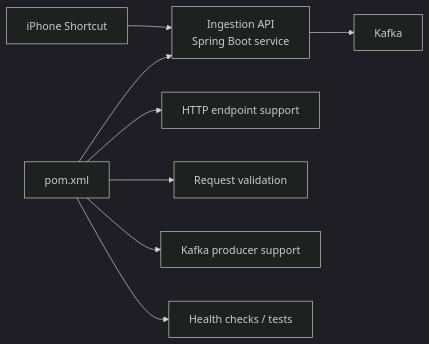
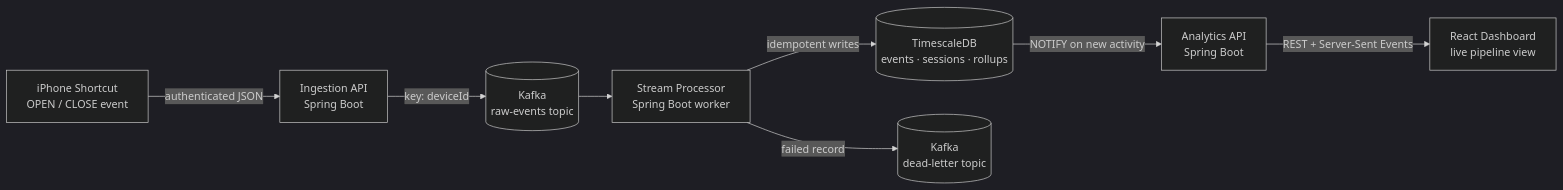
One commit to Monoji77/behavior changed the diagram in big_brain.md. Above: the diagram before and after it, drawn with Mermaid (dark theme). The commit also changed other lines of this file and 11 other files, not shown here.

````diff
--- a/big_brain.md
+++ b/big_brain.md
@@ -439,11 +22,10 @@
 ```mermaid
 flowchart LR
-  I["iPhone Shortcut"] --> A["Ingestion API\nSpring Boot service"]
-  A --> K["Kafka"]
-
-  P["pom.xml"] --> A
-  P --> W["HTTP endpoint support"]
-  P --> V["Request validation"]
-  P --> KP["Kafka producer support"]
-  P --> H["Health checks / tests"]
+    C["iPhone Shortcut\nOPEN / CLOSE event"] -->|authenticated JSON| I["Ingestion API\nSpring Boot"]
+    I -->|key: deviceId| K[("Kafka\nraw-events topic")]
+    K --> P["Stream Processor\nSpring Boot worker"]
+    P -->|idempotent writes| T[("TimescaleDB\nevents · sessions · rollups")]
+    P -->|failed record| D[("Kafka\ndead-letter topic")]
+    T -->|NOTIFY on new activity| A["Analytics API\nSpring Boot"]
+    A -->|REST + Server-Sent Events| U["React Dashboard\nlive pipeline view"]
 ```
````
